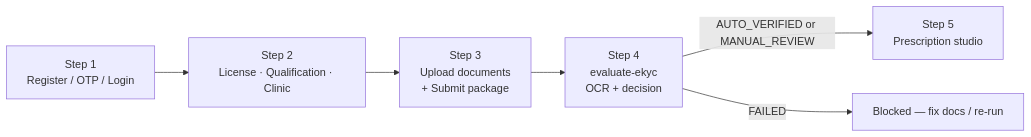
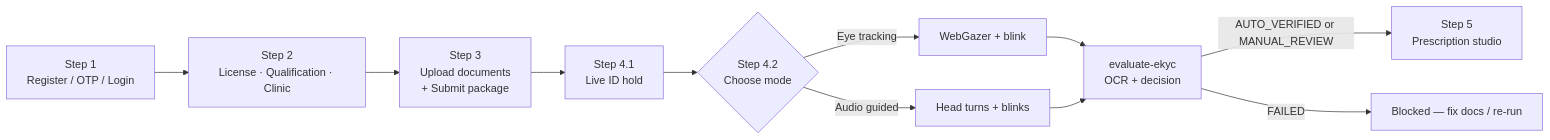
The second of 5 diagrams in README.md (Saravanan2005real/zudoc-doctor-portal-EKYC), drawn with Mermaid before and after one commit. The commit also changed other lines of this file and 18 other files, not shown here.

First line of the commit message:
Improve Step 4 liveness and sync architecture docs with in-process OCR.

````diff
--- a/README.md
+++ b/README.md
@@ -105,8 +97,13 @@
 ```mermaid
 flowchart LR
   S1["Step 1<br/>Register / OTP / Login"] --> S2["Step 2<br/>License · Qualification · Clinic"]
   S2 --> S3["Step 3<br/>Upload documents<br/>+ Submit package"]
-  S3 --> S4["Step 4<br/>evaluate-ekyc<br/>OCR + decision"]
-  S4 -->|AUTO_VERIFIED or MANUAL_REVIEW| S5["Step 5<br/>Prescription studio"]
-  S4 -->|FAILED| X["Blocked — fix docs / re-run"]
+  S3 --> S41["Step 4.1<br/>Live ID hold"]
+  S41 --> S42{"Step 4.2<br/>Choose mode"}
+  S42 -->|Eye tracking| EYE["WebGazer + blink"]
+  S42 -->|Audio guided| AUD["Head turns + blinks"]
+  EYE --> EVAL["evaluate-ekyc<br/>OCR + decision"]
+  AUD --> EVAL
+  EVAL -->|AUTO_VERIFIED or MANUAL_REVIEW| S5["Step 5<br/>Prescription studio"]
+  EVAL -->|FAILED| X["Blocked — fix docs / re-run"]
 ```
````
